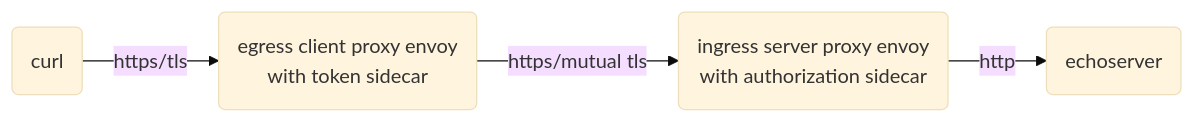
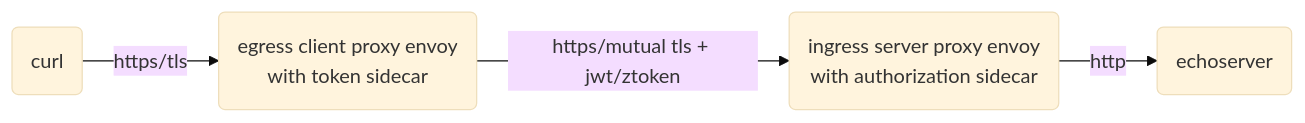
Before and after one commit to ctyano/athenz-distribution: the third of 15 diagrams in docs/ENVOY.md, drawn with Mermaid (base theme). The commit also changed other lines of this file, not shown here.

````diff
--- a/docs/ENVOY.md
+++ b/docs/ENVOY.md
@@ -49,4 +49,4 @@
 ```mermaid
 flowchart LR
-A(curl) -->|https/tls| B(egress client proxy envoy\nwith token sidecar) -->|https/mutual tls| C(ingress server proxy envoy\nwith authorization sidecar) -->|http| D(echoserver)
+A(curl) -->|https/tls| B(egress client proxy envoy\nwith token sidecar) -->|https/mutual tls + jwt/ztoken| C(ingress server proxy envoy\nwith authorization sidecar) -->|http| D(echoserver)
 ```
````
